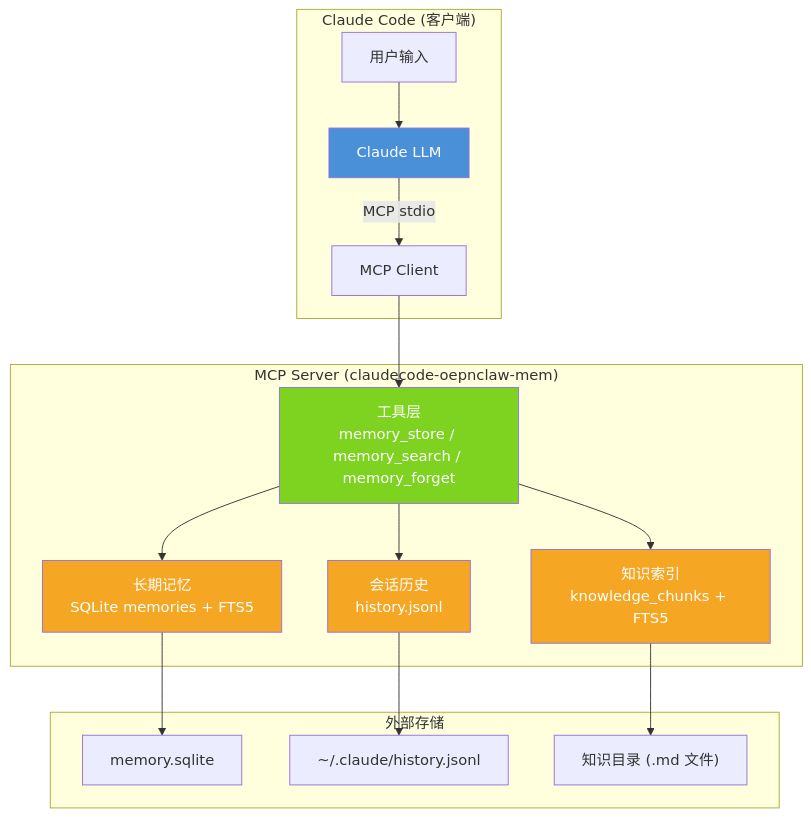
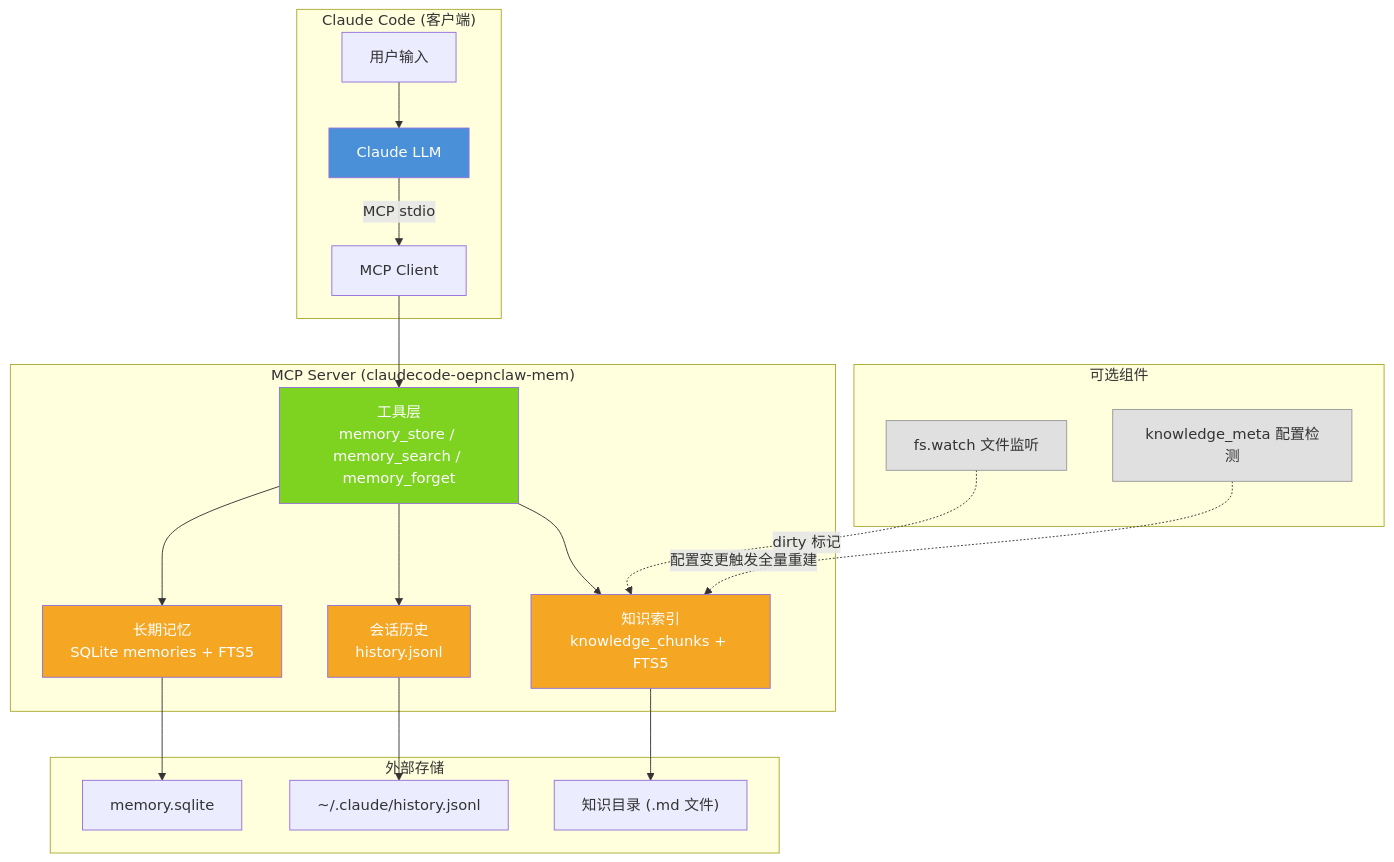
One commit to lchaoer/claudecode-oepnclaw-mem changed the first of 10 diagrams in ARCHITECTURE.md. Above: the diagram before and after it, drawn with Mermaid. The commit also changed other lines of this file and 4 other files, not shown here.

````diff
--- a/ARCHITECTURE.md
+++ b/ARCHITECTURE.md
@@ -7,27 +7,37 @@
 ```mermaid
 graph TB
     subgraph "Claude Code (客户端)"
         U["用户输入"] --> LLM["Claude LLM"]
         LLM -->|MCP stdio| CLIENT["MCP Client"]
     end
 
     subgraph "MCP Server (claudecode-oepnclaw-mem)"
         CLIENT --> TOOLS["工具层<br/>memory_store / memory_search / memory_forget"]
 
         TOOLS --> DB["长期记忆<br/>SQLite memories + FTS5"]
         TOOLS --> HIST["会话历史<br/>history.jsonl"]
         TOOLS --> KNOW["知识索引<br/>knowledge_chunks + FTS5"]
     end
 
     subgraph "外部存储"
         DB --> SQLITE["memory.sqlite"]
         HIST --> JSONL["~/.claude/history.jsonl"]
         KNOW --> MDDIR["知识目录 (.md 文件)"]
     end
 
+    subgraph "可选组件"
+        WATCHER["fs.watch 文件监听"]
+        META["knowledge_meta 配置检测"]
+    end
+
+    WATCHER -.->|dirty 标记| KNOW
+    META -.->|配置变更触发全量重建| KNOW
+
     style LLM fill:#4a90d9,color:#fff
     style TOOLS fill:#7ed321,color:#fff
     style DB fill:#f5a623,color:#fff
     style HIST fill:#f5a623,color:#fff
     style KNOW fill:#f5a623,color:#fff
+    style WATCHER fill:#e0e0e0,stroke:#999
+    style META fill:#e0e0e0,stroke:#999
 ```
````
